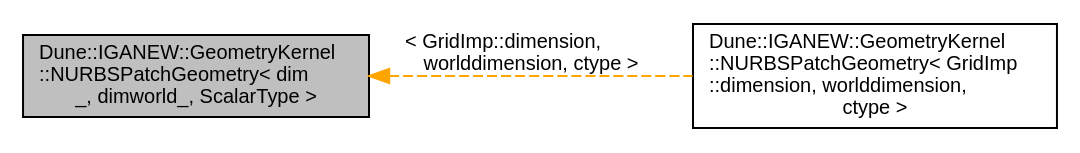
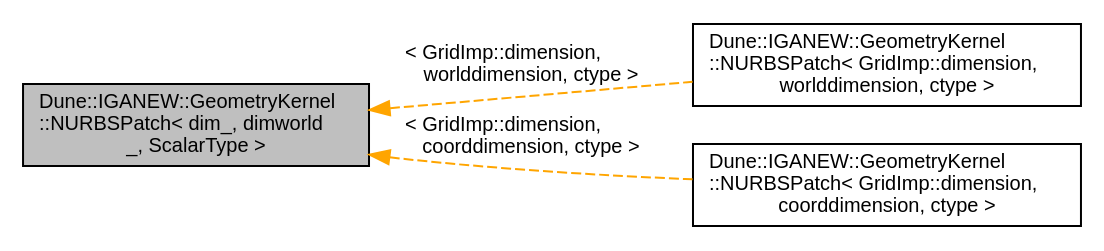
The diagram in de/de5/a01123.dot (rath3t/dune-iga-doc), drawn with Graphviz before and after one commit. The commit also changed 187 other files, not shown here.

```diff
--- a/de/de5/a01123.dot
+++ b/de/de5/a01123.dot
@@ -1,10 +1,12 @@
-digraph "Dune::IGANEW::GeometryKernel::NURBSPatchGeometry&lt; dim_, dimworld_, ScalarType &gt;"
+digraph "Dune::IGANEW::GeometryKernel::NURBSPatch&lt; dim_, dimworld_, ScalarType &gt;"
 {
  // LATEX_PDF_SIZE
   edge [fontname="Helvetica",fontsize="10",labelfontname="Helvetica",labelfontsize="10"];
   node [fontname="Helvetica",fontsize="10",shape=record];
   rankdir="LR";
-  Node1 [label="Dune::IGANEW::GeometryKernel\l::NURBSPatchGeometry\< dim\l_, dimworld_, ScalarType \>",height=0.2,width=0.4,color="black", fillcolor="grey75", style="filled", fontcolor="black",tooltip=" "];
+  Node1 [label="Dune::IGANEW::GeometryKernel\l::NURBSPatch\< dim_, dimworld\l_, ScalarType \>",height=0.2,width=0.4,color="black", fillcolor="grey75", style="filled", fontcolor="black",tooltip=" "];
   Node1 -> Node2 [dir="back",color="orange",fontsize="10",style="dashed",label=" \< GridImp::dimension,\l worlddimension, ctype \>" ,fontname="Helvetica"];
-  Node2 [label="Dune::IGANEW::GeometryKernel\l::NURBSPatchGeometry\< GridImp\l::dimension, worlddimension,\l ctype \>",height=0.2,width=0.4,color="black", fillcolor="white", style="filled",URL="$d0/dc8/a01124.html",tooltip=" "];
+  Node2 [label="Dune::IGANEW::GeometryKernel\l::NURBSPatch\< GridImp::dimension,\l worlddimension, ctype \>",height=0.2,width=0.4,color="black", fillcolor="white", style="filled",URL="$d0/dc8/a01124.html",tooltip=" "];
+  Node1 -> Node3 [dir="back",color="orange",fontsize="10",style="dashed",label=" \< GridImp::dimension,\l coorddimension, ctype \>" ,fontname="Helvetica"];
+  Node3 [label="Dune::IGANEW::GeometryKernel\l::NURBSPatch\< GridImp::dimension,\l coorddimension, ctype \>",height=0.2,width=0.4,color="black", fillcolor="white", style="filled",URL="$d0/dc8/a01124.html",tooltip=" "];
 }
```
